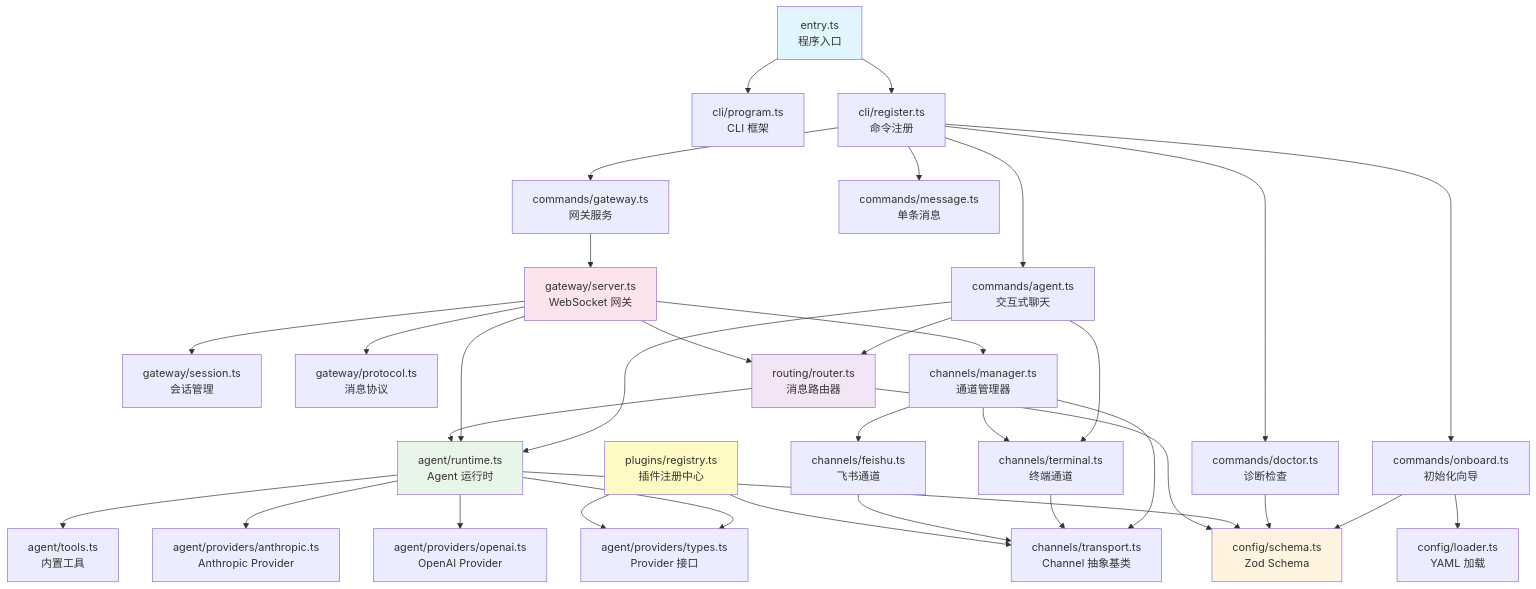
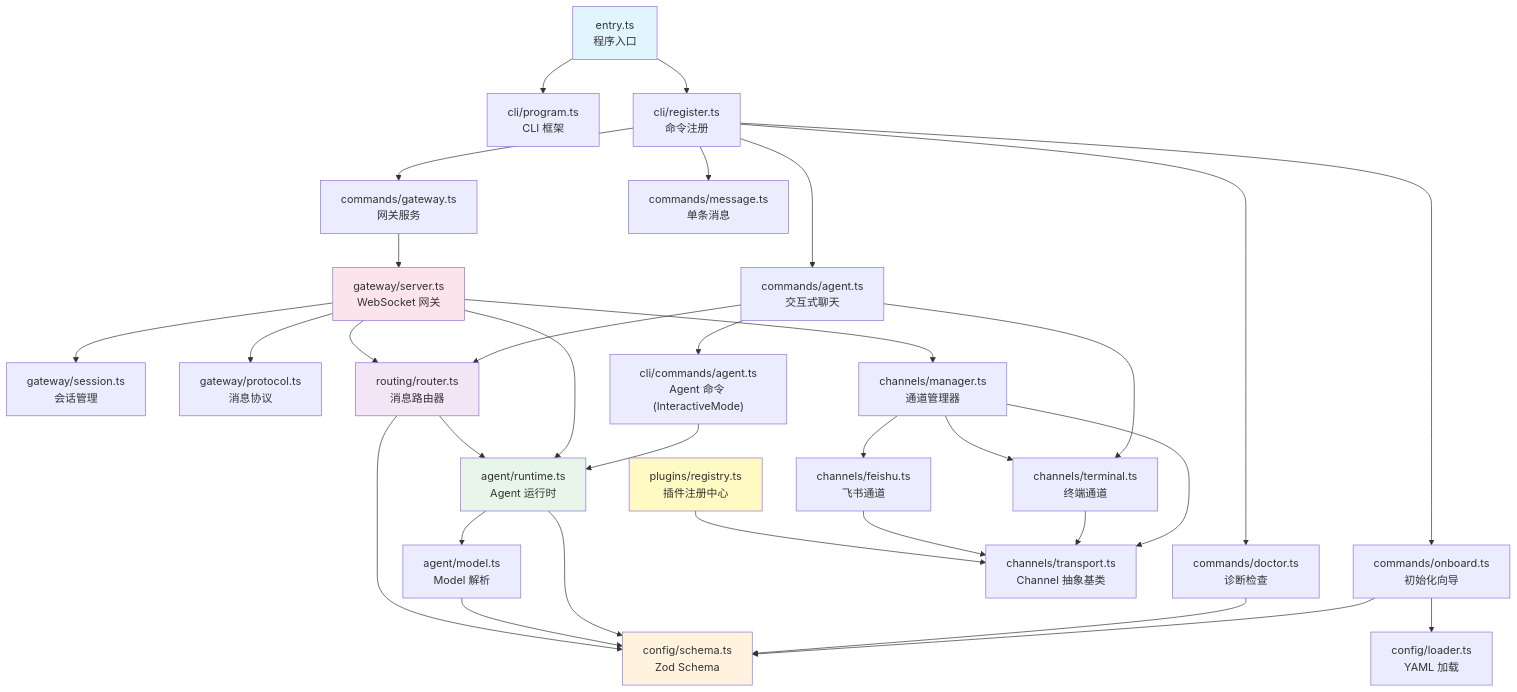
Before and after one commit to oujingzhou/build-your-own-openclaw: the third of 4 diagrams in docs/10-final.md, drawn with Mermaid. The commit also changed other lines of this file and 32 other files, not shown here.

```diff
--- a/docs/10-final.md
+++ b/docs/10-final.md
@@ -98,10 +98,8 @@
     PROTO["gateway/protocol.ts<br/>消息协议"]
 
     AGENT["agent/runtime.ts<br/>Agent 运行时"]
-    TOOLS["agent/tools.ts<br/>内置工具"]
-    PROV_A["agent/providers/anthropic.ts<br/>Anthropic Provider"]
-    PROV_O["agent/providers/openai.ts<br/>OpenAI Provider"]
-    TYPES["agent/providers/types.ts<br/>Provider 接口"]
+    MODEL["agent/model.ts<br/>Model 解析"]
+    CMD_AGENT_FILE["cli/commands/agent.ts<br/>Agent 命令 (InteractiveMode)"]
 
     TRANS["channels/transport.ts<br/>Channel 抽象基类"]
     TERM["channels/terminal.ts<br/>终端通道"]
@@ -120,7 +118,8 @@
     REG --> CMD_DR
     REG --> CMD_MSG
 
-    CMD_AGENT --> AGENT
+    CMD_AGENT --> CMD_AGENT_FILE
+    CMD_AGENT_FILE --> AGENT
     CMD_AGENT --> ROUTER
     CMD_AGENT --> TERM
 
@@ -135,11 +134,10 @@
     GW --> ROUTER
     GW --> MANAGER
 
-    AGENT --> TOOLS
-    AGENT --> PROV_A
-    AGENT --> PROV_O
-    AGENT --> TYPES
+    AGENT --> MODEL
     AGENT --> CONFIG
+
+    MODEL --> CONFIG
 
     ROUTER --> AGENT
     ROUTER --> CONFIG
@@ -151,7 +149,6 @@
     TERM --> TRANS
     FEISHU --> TRANS
 
-    PLUGIN --> TYPES
     PLUGIN --> TRANS
 
     style ENTRY fill:#e1f5fe
```
